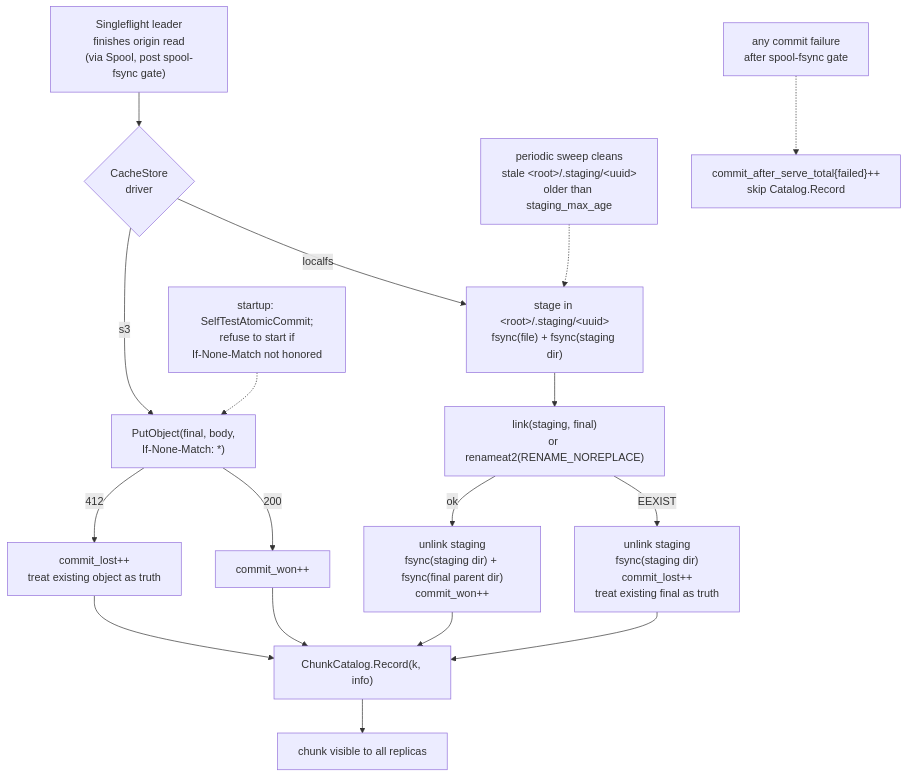
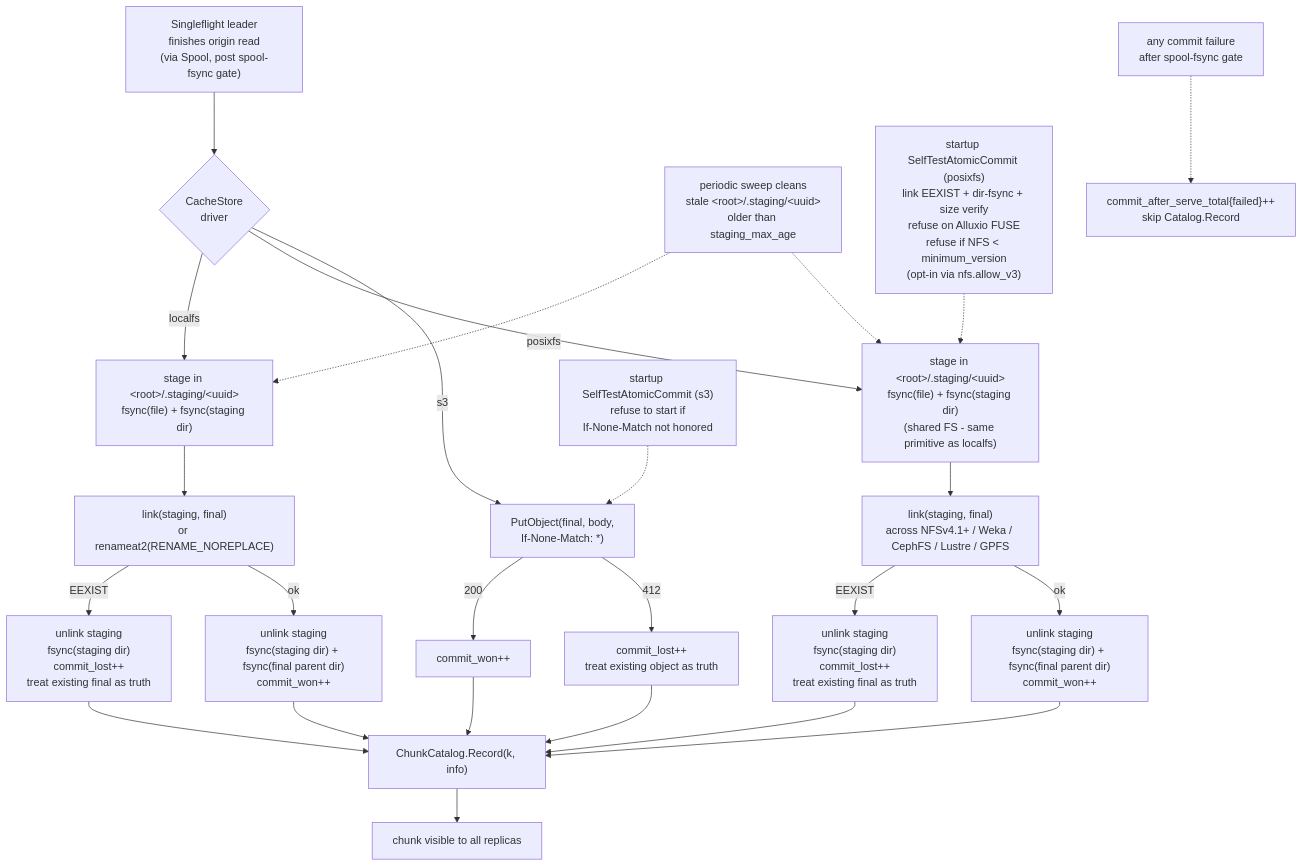
Before and after one commit to Azure/unbounded: the ninth of 11 diagrams in designdocs/origincache/design.md, drawn with Mermaid. The commit also changed other lines of this file and 1 other file, not shown here.

````diff
--- a/designdocs/origincache/design.md
+++ b/designdocs/origincache/design.md
@@ -972,19 +1100,27 @@
 ```mermaid
 flowchart TB
     Leader["Singleflight leader<br/>finishes origin read<br/>(via Spool, post spool-fsync gate)"] --> Driver{"CacheStore<br/>driver"}
     Driver -- "localfs" --> L1["stage in &lt;root&gt;/.staging/&lt;uuid&gt;<br/>fsync(file) + fsync(staging dir)"]
     L1 --> L2["link(staging, final)<br/>or renameat2(RENAME_NOREPLACE)"]
     L2 -- "EEXIST" --> Llost["unlink staging<br/>fsync(staging dir)<br/>commit_lost++<br/>treat existing final as truth"]
     L2 -- "ok" --> Lwon["unlink staging<br/>fsync(staging dir) + fsync(final parent dir)<br/>commit_won++"]
+    Driver -- "posixfs" --> P1["stage in &lt;root&gt;/.staging/&lt;uuid&gt;<br/>fsync(file) + fsync(staging dir)<br/>(shared FS - same primitive as localfs)"]
+    P1 --> P2["link(staging, final)<br/>across NFSv4.1+ / Weka / CephFS / Lustre / GPFS"]
+    P2 -- "EEXIST" --> Plost["unlink staging<br/>fsync(staging dir)<br/>commit_lost++<br/>treat existing final as truth"]
+    P2 -- "ok" --> Pwon["unlink staging<br/>fsync(staging dir) + fsync(final parent dir)<br/>commit_won++"]
     Driver -- "s3" --> S1["PutObject(final, body,<br/>If-None-Match: *)"]
     S1 -- "200" --> Swon["commit_won++"]
     S1 -- "412" --> Slost["commit_lost++<br/>treat existing object as truth"]
     Lwon --> Pub["ChunkCatalog.Record(k, info)"]
     Llost --> Pub
+    Pwon --> Pub
+    Plost --> Pub
     Swon --> Pub
     Slost --> Pub
     Pub --> Done["chunk visible to all replicas"]
     Sweep["periodic sweep cleans<br/>stale &lt;root&gt;/.staging/&lt;uuid&gt;<br/>older than staging_max_age"] -.-> L1
-    SelfTest["startup: SelfTestAtomicCommit;<br/>refuse to start if<br/>If-None-Match not honored"] -.-> S1
+    Sweep -.-> P1
+    SelfTestS3["startup SelfTestAtomicCommit (s3)<br/>refuse to start if<br/>If-None-Match not honored"] -.-> S1
+    SelfTestPosix["startup SelfTestAtomicCommit (posixfs)<br/>link EEXIST + dir-fsync + size verify<br/>refuse on Alluxio FUSE<br/>refuse if NFS &lt; minimum_version<br/>(opt-in via nfs.allow_v3)"] -.-> P1
     Failed["any commit failure<br/>after spool-fsync gate"] -.-> CASF["commit_after_serve_total{failed}++<br/>skip Catalog.Record"]
 ```
````
